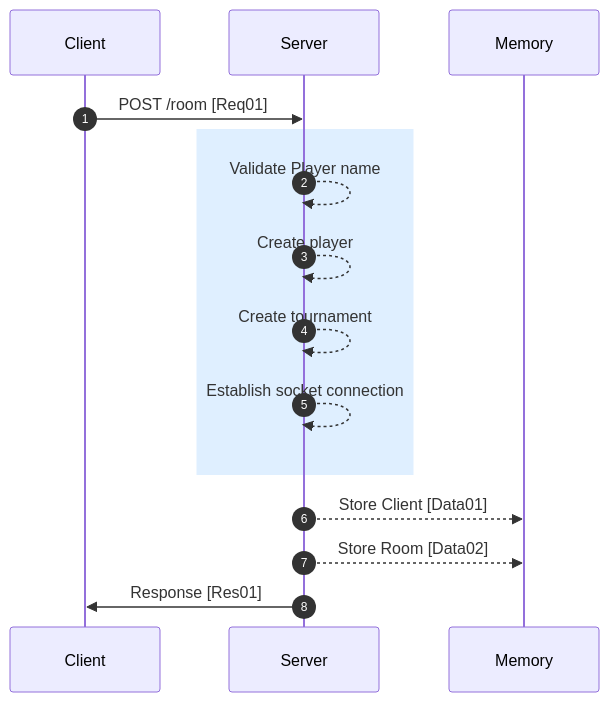
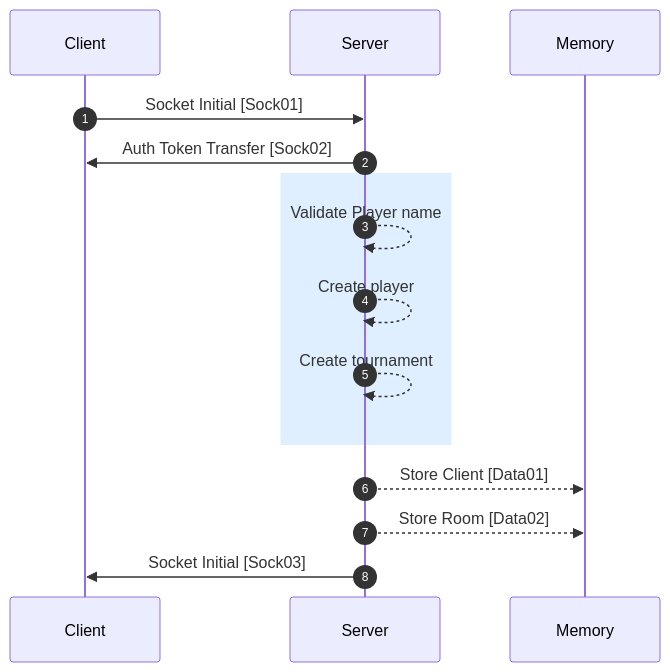
The first of 2 diagrams in docs/communication/protocol/create-tournament.md (the-ai-team/razor), drawn with Mermaid before and after one commit. The commit also changed other lines of this file and 1 other file, not shown here.

First line of the commit message:
docs(protocols): add initial socket protocols

````diff
--- a/docs/communication/protocol/create-tournament.md
+++ b/docs/communication/protocol/create-tournament.md
@@ -5,21 +5,21 @@
 ```mermaid
 sequenceDiagram
     autonumber
     participant C as Client
     participant S as Server
     participant M as Memory
 
-    C->>S: POST /room [Req01]
+    C->>S: Socket Initial [Sock01]
+    S->>C: Auth Token Transfer [Sock02]
 
     rect rgba(191, 223, 255, 0.5)
         S-->>S: Validate Player name
         S-->>S: Create player
         S-->>S: Create tournament
-        S-->>S: Establish socket connection
     end
 
     S-->>M: Store Client [Data01]
     S-->>M: Store Room [Data02]
-    S->>C: Response [Res01]
+    S->>C: Socket Initial [Sock03]
 
 ```
````
